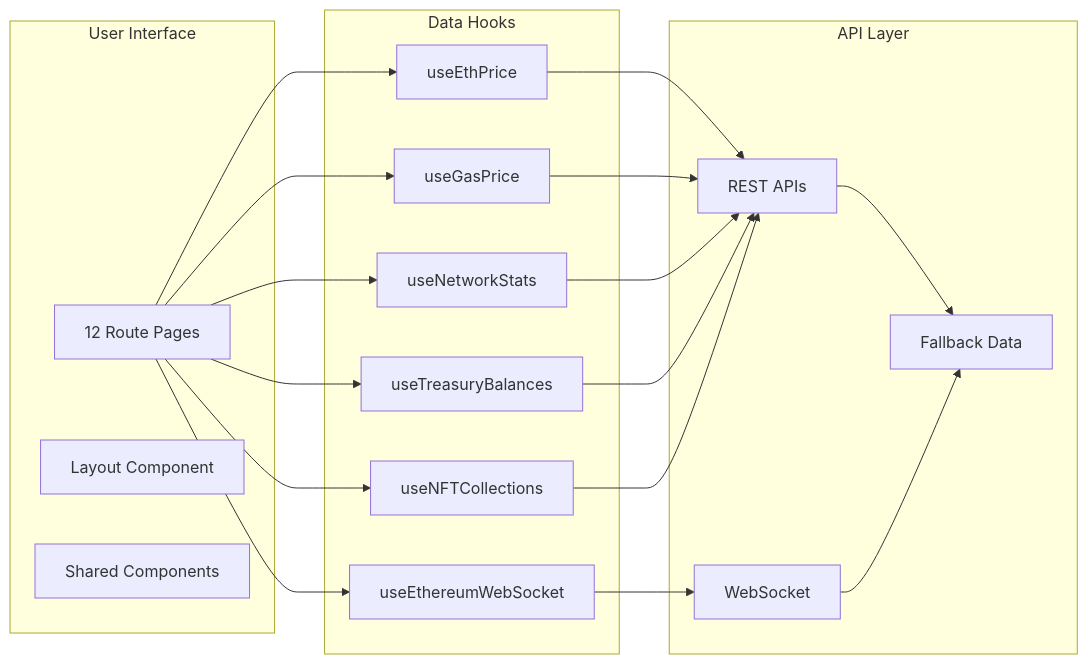
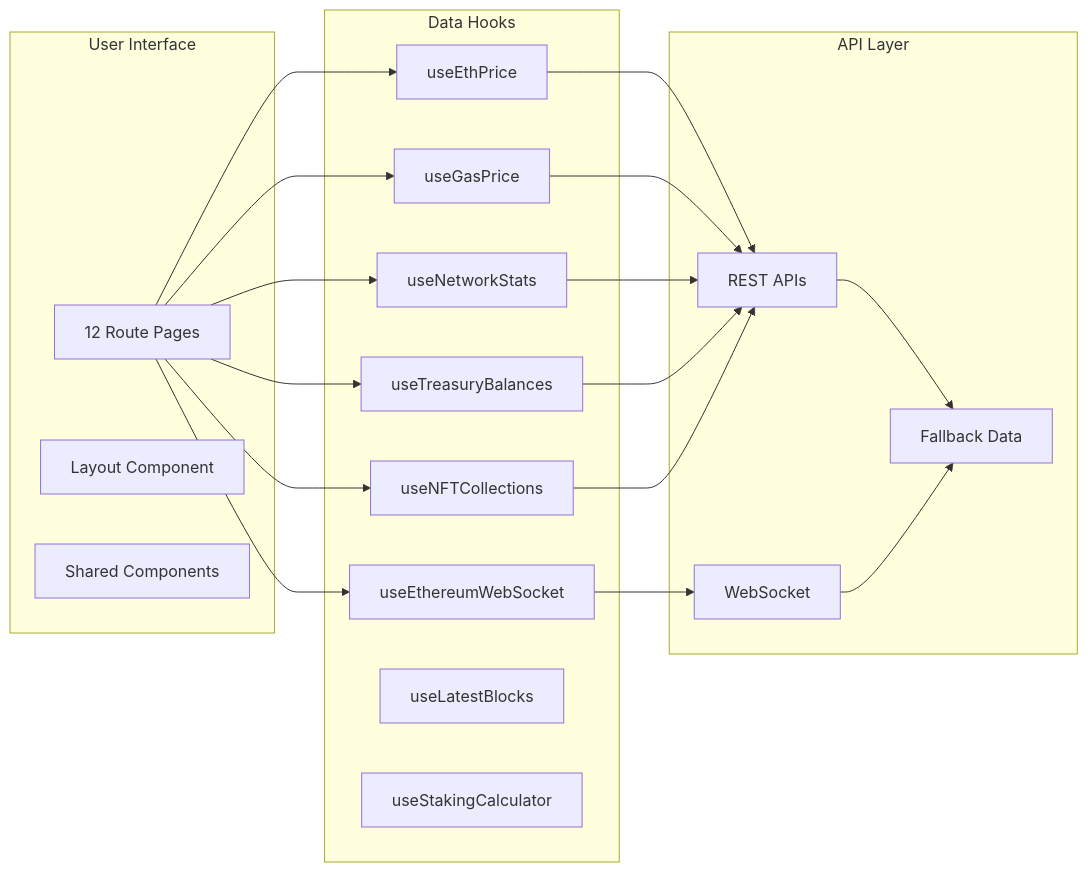
The second of 2 diagrams in public/data/portfolio/ETH-Explorer/architecture.md (Technical-1/All-About-Me), drawn with Mermaid before and after one commit. The commit also changed other lines of this file and 20 other files, not shown here.

````diff
--- a/public/data/portfolio/ETH-Explorer/architecture.md
+++ b/public/data/portfolio/ETH-Explorer/architecture.md
@@ -58,40 +71,42 @@
 ```mermaid
 flowchart LR
     subgraph "User Interface"
         Pages[12 Route Pages]
         Layout[Layout Component]
         Components[Shared Components]
     end
 
     subgraph "Data Hooks"
         useEthPrice[useEthPrice]
         useGasPrice[useGasPrice]
         useNetworkStats[useNetworkStats]
         useWebSocket[useEthereumWebSocket]
         useTreasury[useTreasuryBalances]
         useNFT[useNFTCollections]
+        useBlocks[useLatestBlocks]
+        useStaking[useStakingCalculator]
     end
 
     subgraph "API Layer"
         REST[REST APIs]
         WSS[WebSocket]
         Fallback[Fallback Data]
     end
 
     Pages --> useEthPrice
     Pages --> useGasPrice
     Pages --> useNetworkStats
     Pages --> useWebSocket
     Pages --> useTreasury
     Pages --> useNFT
 
     useEthPrice --> REST
     useGasPrice --> REST
     useNetworkStats --> REST
     useWebSocket --> WSS
     useTreasury --> REST
     useNFT --> REST
 
     REST --> Fallback
     WSS --> Fallback
 ```
````
